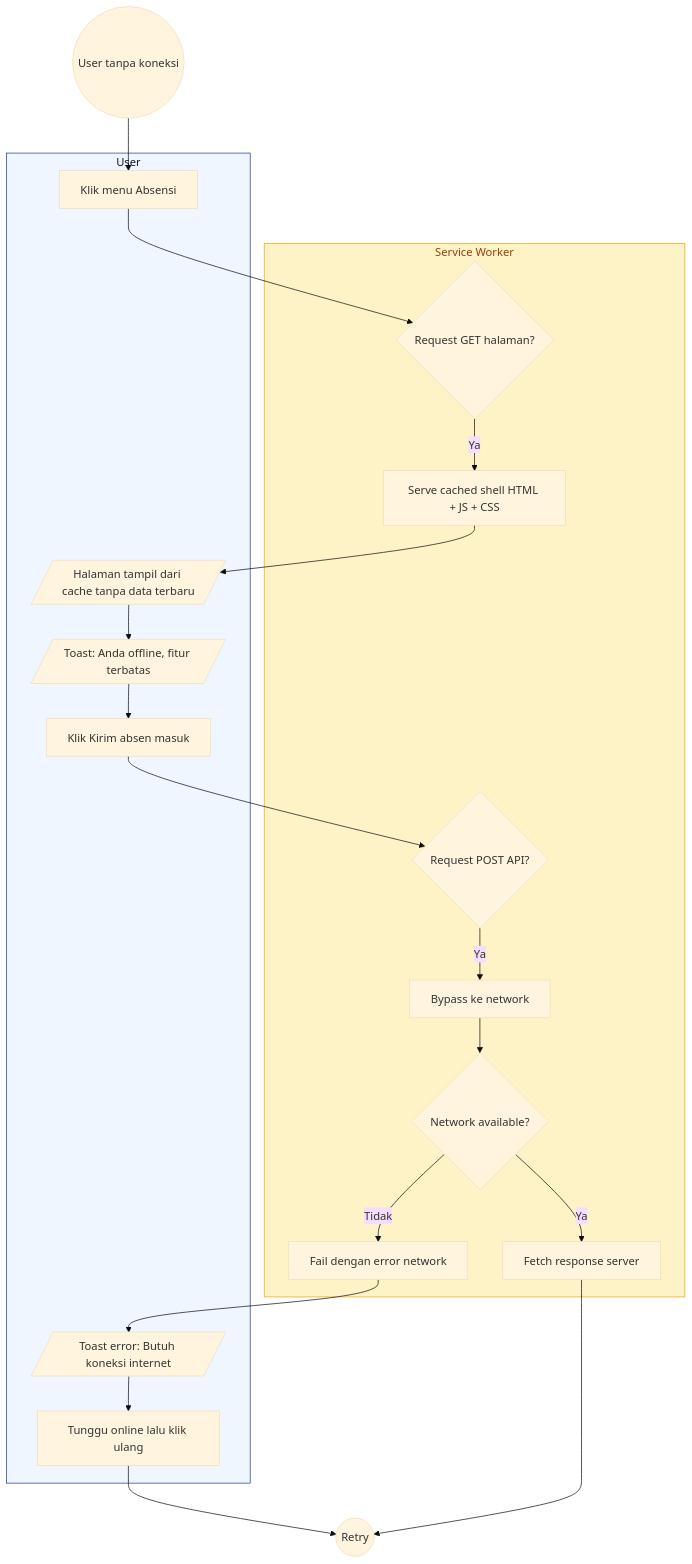
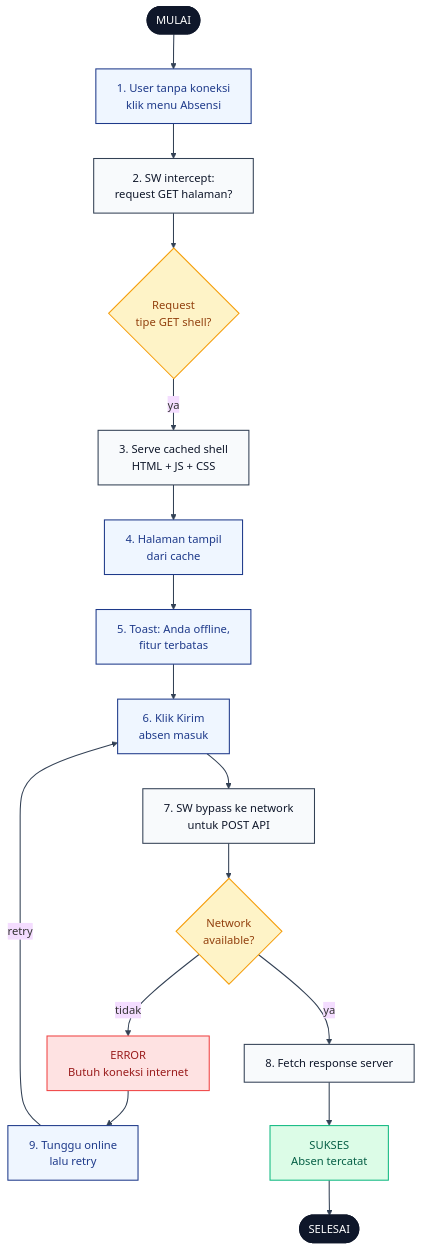
One commit to radacore/absensi-pu changed the second of 2 diagrams in docs/activity-diagrams/24-pwa-install-offline.md. Above: the diagram before and after it, drawn with Mermaid (base theme). The commit also changed other lines of this file and 22 other files, not shown here.

First line of the commit message:
docs(diagram): terapkan pola mermaid flowchart TD ke 23 diagram sisanya

````diff
--- a/docs/activity-diagrams/24-pwa-install-offline.md
+++ b/docs/activity-diagrams/24-pwa-install-offline.md
@@ -77,43 +74,47 @@
 ```mermaid
 flowchart TD
-    Start((User tanpa koneksi)) --> O1
+    START([MULAI]):::se
 
-    subgraph User[User]
-        O1[Klik menu Absensi]
-        O5[/Halaman tampil dari cache tanpa data terbaru/]
-        O6[/Toast: Anda offline, fitur terbatas/]
-        O7[Klik Kirim absen masuk]
-        O8[/Toast error: Butuh koneksi internet/]
-        O9[Tunggu online lalu klik ulang]
-    end
+    O1["1. User tanpa koneksi<br/>klik menu Absensi"]:::user
+    S1["2. SW intercept:<br/>request GET halaman?"]:::sys
+    D1{"Request<br/>tipe GET shell?"}:::dec
+    S2["3. Serve cached shell<br/>HTML + JS + CSS"]:::sys
 
-    subgraph SW[Service Worker]
-        SW1{Request GET halaman?}
-        SW2[Serve cached shell HTML + JS + CSS]
-        SW3{Request POST API?}
-        SW4[Bypass ke network]
-        SW5{Network available?}
-        SW6[Fetch response server]
-        SW7[Fail dengan error network]
-    end
+    O2["4. Halaman tampil<br/>dari cache"]:::user
+    O3["5. Toast: Anda offline,<br/>fitur terbatas"]:::user
+    O4["6. Klik Kirim<br/>absen masuk"]:::user
 
-    O1 --> SW1
-    SW1 -->|Ya| SW2
-    SW2 --> O5
-    O5 --> O6
-    O6 --> O7
-    O7 --> SW3
-    SW3 -->|Ya| SW4
-    SW4 --> SW5
-    SW5 -->|Tidak| SW7
-    SW7 --> O8
-    O8 --> O9
-    O9 --> End((Retry))
-    SW5 -->|Ya| SW6
-    SW6 --> End
+    S3["7. SW bypass ke network<br/>untuk POST API"]:::sys
+    D2{"Network<br/>available?"}:::dec
+    S4["8. Fetch response server"]:::sys
+    E1["ERROR<br/>Butuh koneksi internet"]:::err
 
-    classDef actor fill:#EFF6FF,stroke:#1E3A8A,stroke-width:1px,color:#0F172A
-    classDef sw fill:#FEF3C7,stroke:#F59E0B,stroke-width:1px,color:#92400E
-    class User actor
-    class SW sw
+    O5["9. Tunggu online<br/>lalu retry"]:::user
+    OK["SUKSES<br/>Absen tercatat"]:::ok
+    END([SELESAI]):::se
+
+    START --> O1
+    O1 --> S1
+    S1 --> D1
+    D1 -->|ya| S2
+    S2 --> O2
+    O2 --> O3
+    O3 --> O4
+    O4 --> S3
+    S3 --> D2
+    D2 -->|tidak| E1
+    E1 --> O5
+    O5 -->|retry| O4
+    D2 -->|ya| S4
+    S4 --> OK
+    OK --> END
+
+    classDef se fill:#0F172A,stroke:#0F172A,color:#fff,stroke-width:2px
+    classDef user fill:#EFF6FF,stroke:#1E3A8A,color:#1E3A8A,stroke-width:1.5px
+    classDef sys fill:#F8FAFC,stroke:#334155,color:#0F172A,stroke-width:1.5px
+    classDef dec fill:#FEF3C7,stroke:#F59E0B,color:#92400E,stroke-width:1.5px
+    classDef err fill:#FEE2E2,stroke:#EF4444,color:#991B1B,stroke-width:1.5px
+    classDef ok fill:#DCFCE7,stroke:#10B981,color:#065F46,stroke-width:1.5px
+
+    linkStyle default stroke:#334155,stroke-width:1.5px
 ```
````
